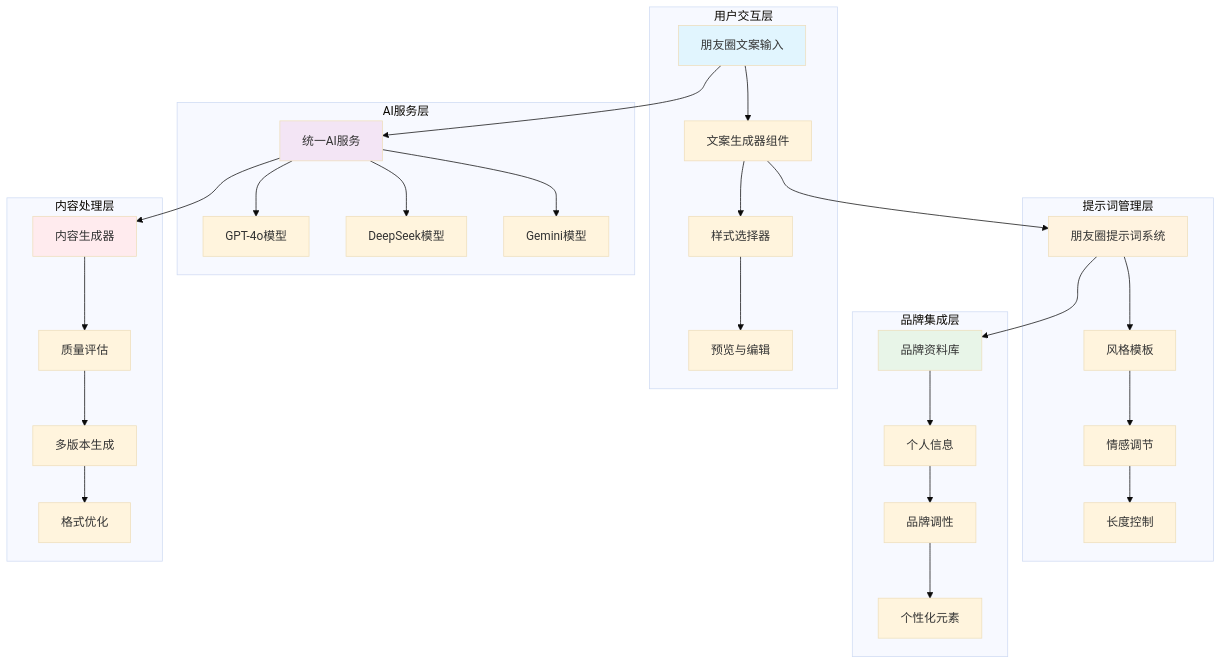
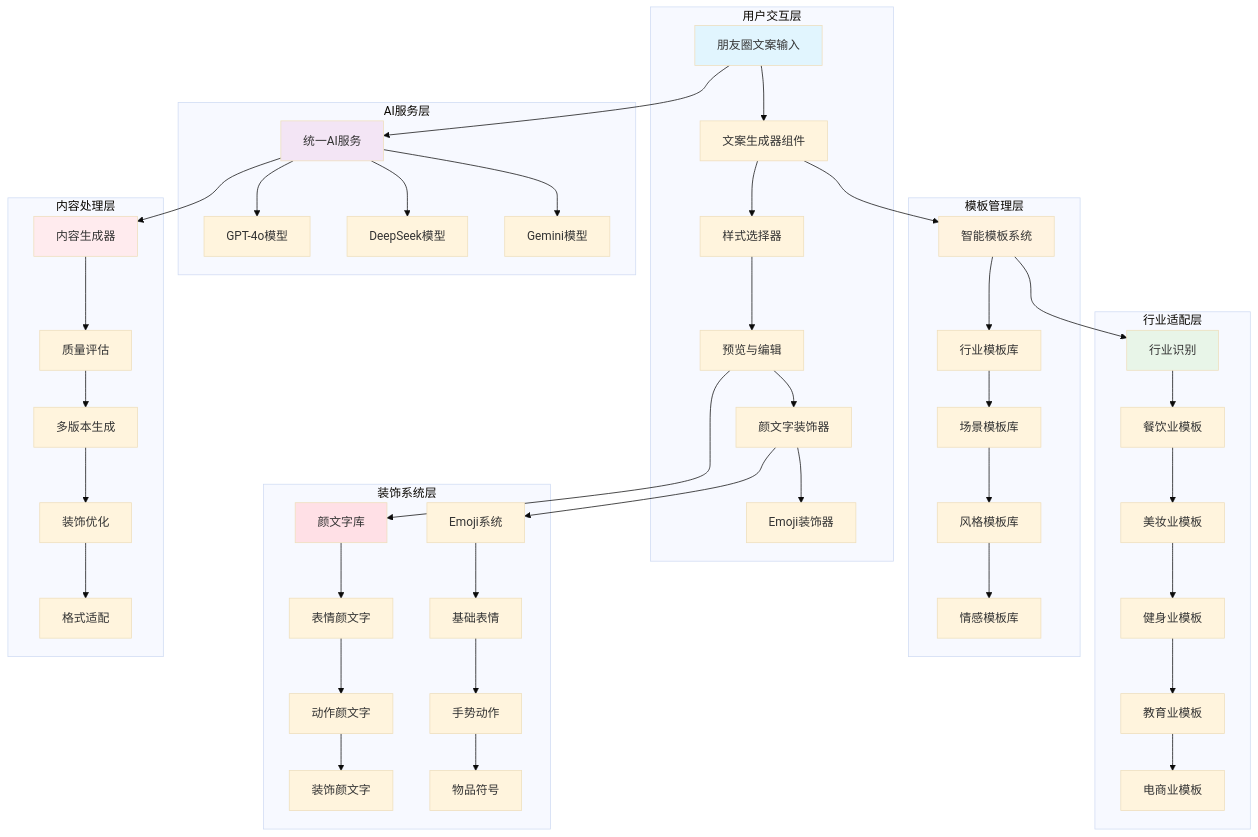
The first of 3 diagrams in .qoder/quests/unknown-task.md (xiongtingping/wenpai), drawn with Mermaid (base theme) before and after one commit. The commit also changed other lines of this file and 3 other files, not shown here.

````diff
--- a/.qoder/quests/unknown-task.md
+++ b/.qoder/quests/unknown-task.md
@@ -31,43 +34,61 @@
 ```mermaid
 graph TB
     subgraph "用户交互层"
         A[朋友圈文案输入] --> B[文案生成器组件]
         B --> C[样式选择器]
         C --> D[预览与编辑]
+        D --> E[颜文字装饰器]
+        E --> F[Emoji装饰器]
     end
     
     subgraph "AI服务层"
-        E[统一AI服务] --> F[GPT-4o模型]
-        E --> G[DeepSeek模型]
-        E --> H[Gemini模型]
+        G[统一AI服务] --> H[GPT-4o模型]
+        G --> I[DeepSeek模型]
+        G --> J[Gemini模型]
     end
     
-    subgraph "提示词管理层"
-        I[朋友圈提示词系统] --> J[风格模板]
-        J --> K[情感调节]
-        K --> L[长度控制]
+    subgraph "模板管理层"
+        K[智能模板系统] --> L[行业模板库]
+        L --> M[场景模板库]
+        M --> N[风格模板库]
+        N --> O[情感模板库]
     end
     
-    subgraph "品牌集成层"
-        M[品牌资料库] --> N[个人信息]
-        N --> O[品牌调性]
-        O --> P[个性化元素]
+    subgraph "装饰系统层"
+        P[颜文字库] --> Q[表情颜文字]
+        Q --> R[动作颜文字]
+        R --> S[装饰颜文字]
+        T[Emoji系统] --> U[基础表情]
+        U --> V[手势动作]
+        V --> W[物品符号]
+    end
+    
+    subgraph "行业适配层"
+        X[行业识别] --> Y[餐饮业模板]
+        Y --> Z[美妆业模板]
+        Z --> AA[健身业模板]
+        AA --> BB[教育业模板]
+        BB --> CC[电商业模板]
     end
     
     subgraph "内容处理层"
-        Q[内容生成器] --> R[质量评估]
-        R --> S[多版本生成]
-        S --> T[格式优化]
+        DD[内容生成器] --> EE[质量评估]
+        EE --> FF[多版本生成]
+        FF --> GG[装饰优化]
+        GG --> HH[格式适配]
     end
     
-    A --> E
-    B --> I
-    I --> M
-    E --> Q
+    A --> G
+    B --> K
+    K --> X
+    D --> P
+    E --> T
+    G --> DD
     
     style A fill:#e1f5fe
-    style E fill:#f3e5f5
-    style I fill:#fff3e0
-    style M fill:#e8f5e8
-    style Q fill:#ffebee
+    style G fill:#f3e5f5
+    style K fill:#fff3e0
+    style P fill:#ffe0e6
+    style X fill:#e8f5e8
+    style DD fill:#ffebee
 ```
````
